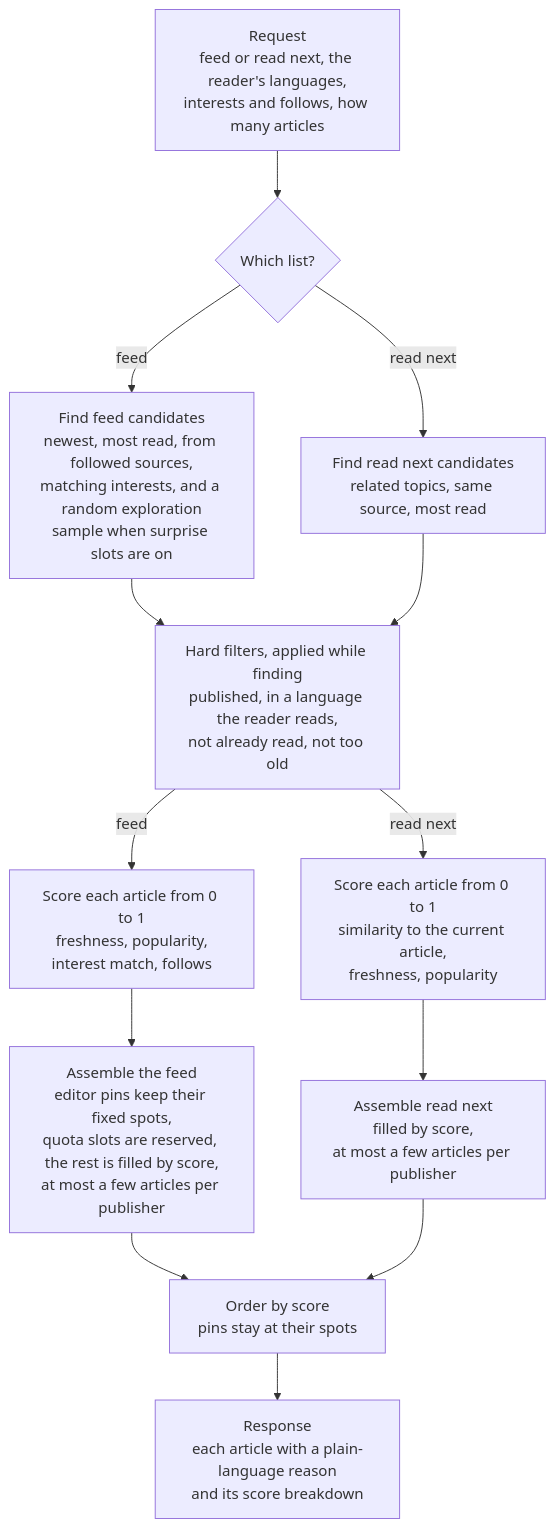
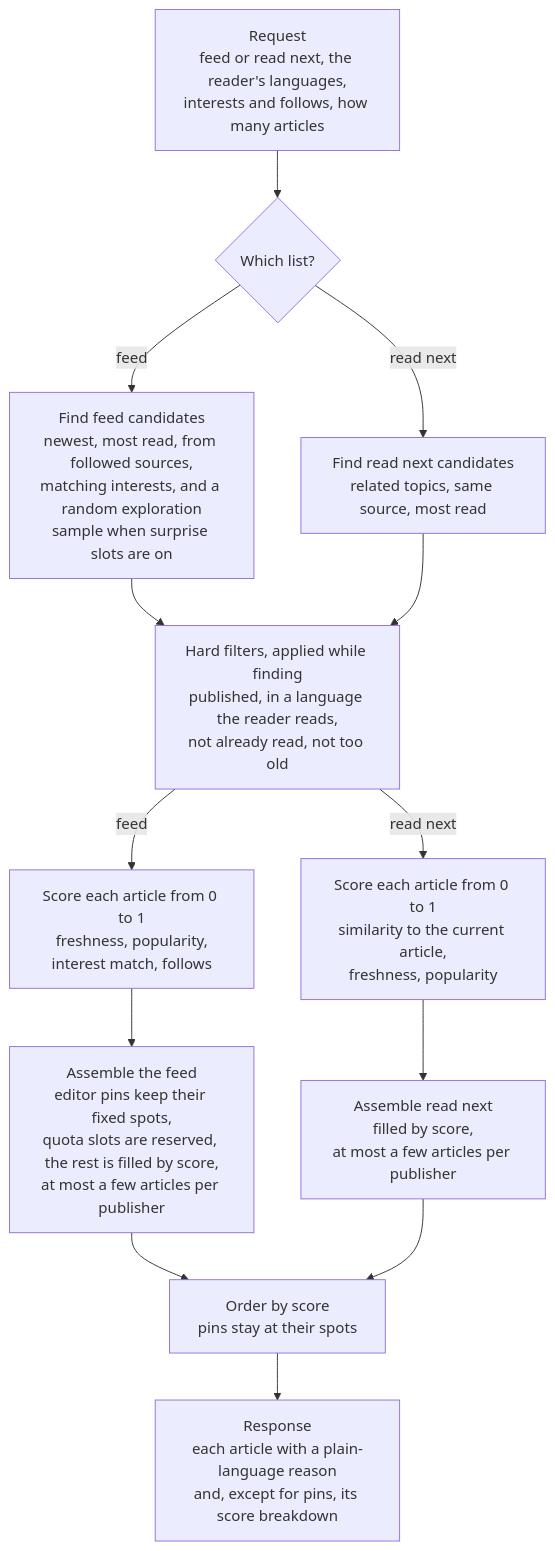
Before and after one commit to ggrl/article-recommender: the diagram in docs/how-it-works.md, drawn with Mermaid. The commit also changed other lines of this file and 4 other files, not shown here.

````diff
--- a/docs/how-it-works.md
+++ b/docs/how-it-works.md
@@ -7,27 +7,27 @@
 ```mermaid
 flowchart TD
     A["Request<br/>feed or read next, the reader's languages,<br/>interests and follows, how many articles"]
     B{"Which list?"}
     C1["Find feed candidates<br/>newest, most read, from followed sources,<br/>matching interests, and a random exploration<br/>sample when surprise slots are on"]
     C2["Find read next candidates<br/>related topics, same source, most read"]
     D["Hard filters, applied while finding<br/>published, in a language the reader reads,<br/>not already read, not too old"]
     E1["Score each article from 0 to 1<br/>freshness, popularity,<br/>interest match, follows"]
     E2["Score each article from 0 to 1<br/>similarity to the current article,<br/>freshness, popularity"]
     F1["Assemble the feed<br/>editor pins keep their fixed spots,<br/>quota slots are reserved, the rest is filled by score,<br/>at most a few articles per publisher"]
     F2["Assemble read next<br/>filled by score,<br/>at most a few articles per publisher"]
     H["Order by score<br/>pins stay at their spots"]
-    I["Response<br/>each article with a plain-language reason<br/>and its score breakdown"]
+    I["Response<br/>each article with a plain-language reason<br/>and, except for pins, its score breakdown"]
 
     A --> B
     B -- feed --> C1
     B -- read next --> C2
     C1 --> D
     C2 --> D
     D -- feed --> E1
     D -- read next --> E2
     E1 --> F1
     E2 --> F2
     F1 --> H
     F2 --> H
     H --> I
 ```
````
